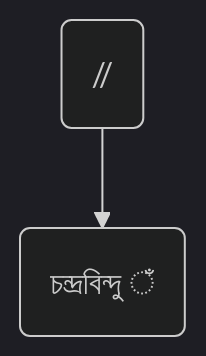
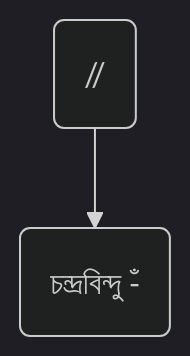
Diagram 19 of 27 in README.md (KhiproTeam/khipro-quickstart), drawn with Mermaid (dark theme) before and after one commit.

Commit message:
চন্দ্রবিন্দুর উদাহরণের প্রকাশ ঠিকভাবে করা

````diff
--- a/README.md
+++ b/README.md
@@ -271,4 +271,4 @@
 ```mermaid
 flowchart TD
-a(//) --> b(চন্দ্রবিন্দু ◌ঁ )
+a(//) --> b(চন্দ্রবিন্দু -ঁ )
 ```
````
